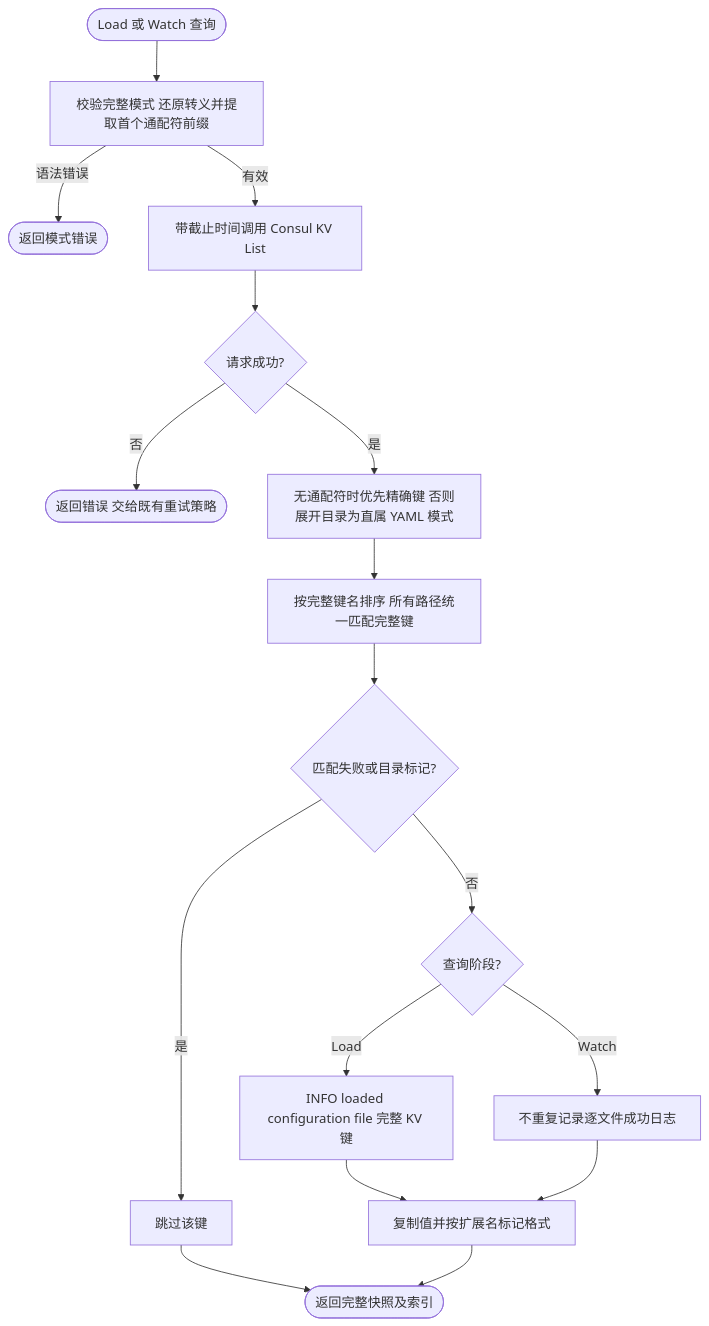
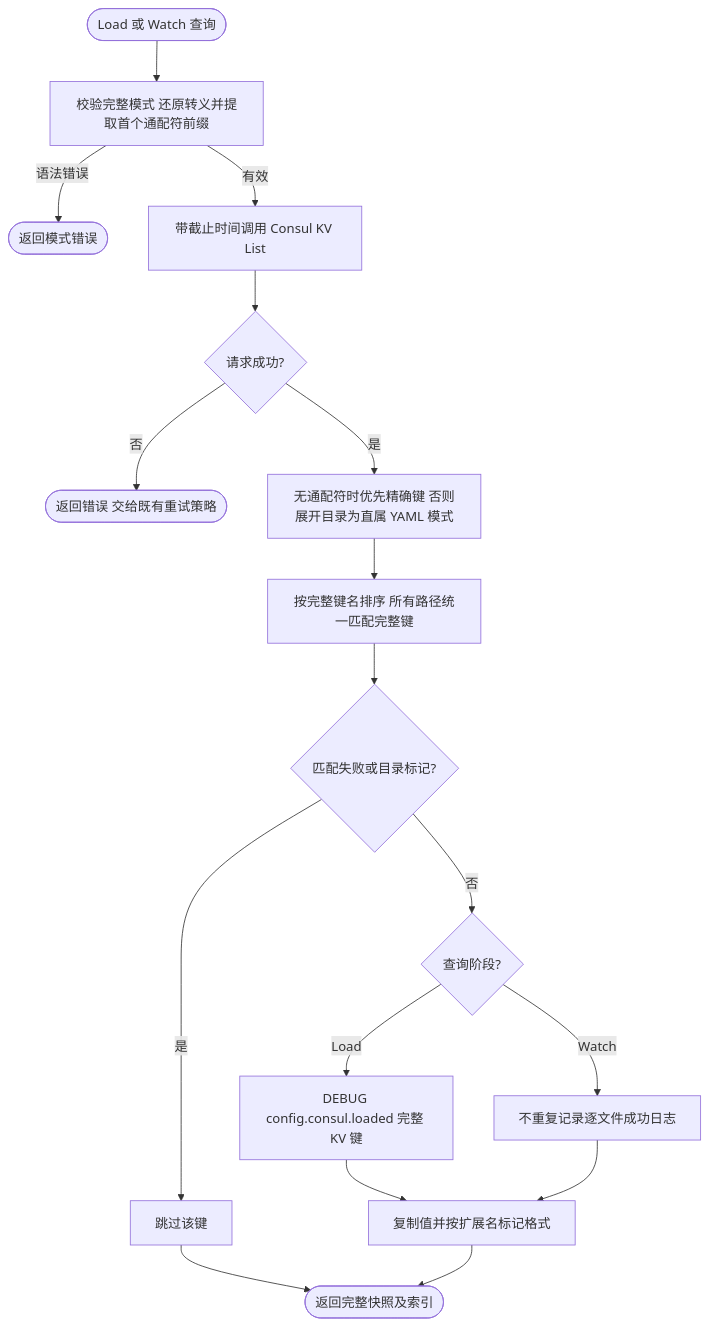
Before and after one commit to jaggerzhuang1994/kratos-foundation: the second of 3 diagrams in contrib/config/consul/README.md, drawn with Mermaid. The commit also changed other lines of this file and 204 other files, not shown here.

````diff
--- a/contrib/config/consul/README.md
+++ b/contrib/config/consul/README.md
@@ -97,18 +97,18 @@
 ```mermaid
 flowchart TD
     A([Load 或 Watch 查询]) --> P[校验完整模式 还原转义并提取首个通配符前缀]
     P -- 语法错误 --> D0([返回模式错误])
     P -- 有效 --> B[带截止时间调用 Consul KV List]
     B --> C{请求成功?}
     C -- 否 --> D([返回错误 交给既有重试策略])
     C -- 是 --> R[无通配符时优先精确键 否则展开目录为直属 YAML 模式]
     R --> E[按完整键名排序 所有路径统一匹配完整键]
     E --> D2{匹配失败或目录标记?}
     D2 -- 是 --> S[跳过该键]
     D2 -- 否 --> Q{查询阶段?}
-    Q -- Load --> LI[INFO loaded configuration file 完整 KV 键]
+    Q -- Load --> LI[DEBUG config.consul.loaded 完整 KV 键]
     Q -- Watch --> WI[不重复记录逐文件成功日志]
     LI & WI --> F[复制值并按扩展名标记格式]
     S --> G
     F --> G([返回完整快照及索引])
 ```
````
